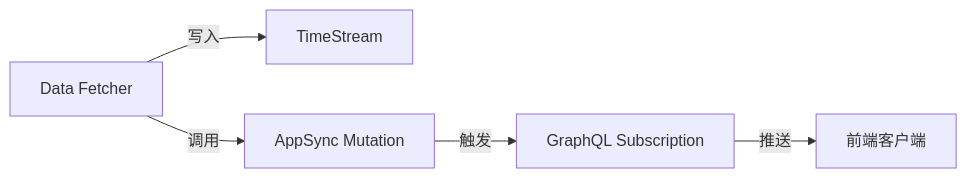
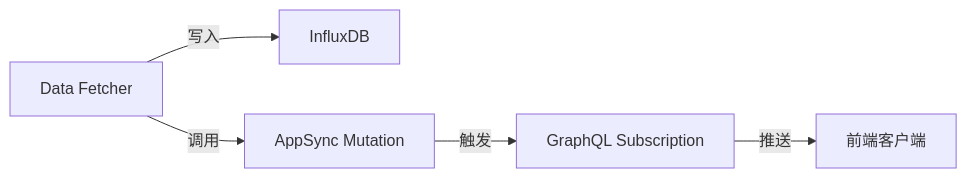
The fourth of 5 diagrams in docs/design.md (jingnanl/WavePilotAI), drawn with Mermaid before and after one commit. The commit also changed other lines of this file and 32 other files, not shown here.

First line of the commit message:
feat(worker): refactor data types, fix InfluxDB line protocol issues

````diff
--- a/docs/design.md
+++ b/docs/design.md
@@ -234,7 +265,7 @@
 ```mermaid
 graph LR
-    A[Data Fetcher] -->|写入| B[TimeStream]
+    A[Data Fetcher] -->|写入| B[InfluxDB]
     A -->|调用| C[AppSync Mutation]
     C -->|触发| D[GraphQL Subscription]
     D -->|推送| E[前端客户端]
 ```
````
